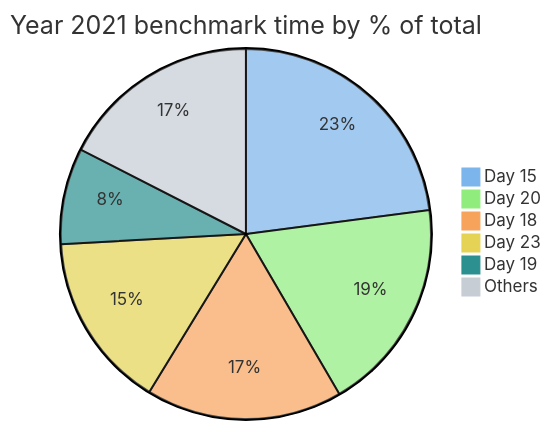
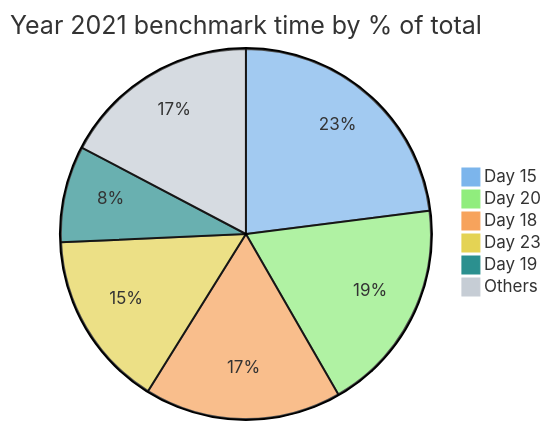
One commit to maneatingape/advent-of-code-rust changed the third of 4 diagrams in README.md. Above: the diagram before and after it, drawn with Mermaid. The commit also changed other lines of this file and 1 other file, not shown here.

Commit message:
Faster fixed size array instead of vec

````diff
--- a/README.md
+++ b/README.md
@@ -103,11 +103,11 @@
 ```mermaid
 %%{init: {'theme': 'base', 'themeVariables': { 'pie1': '#7cb5ec', 'pie2': '#90ed7d', 'pie3': '#f7a35c', 'pie4': '#e4d354', 'pie5': '#2b908f', 'pie6': '#c6cdd5'}}}%%
 pie
     title Year 2021 benchmark time by % of total
     "Day 15" : 2547
     "Day 20" : 2072
     "Day 18" : 1904
     "Day 23" : 1709
     "Day 19" : 933
-    "Others" : 1941
+    "Others" : 1916
 ```
````
